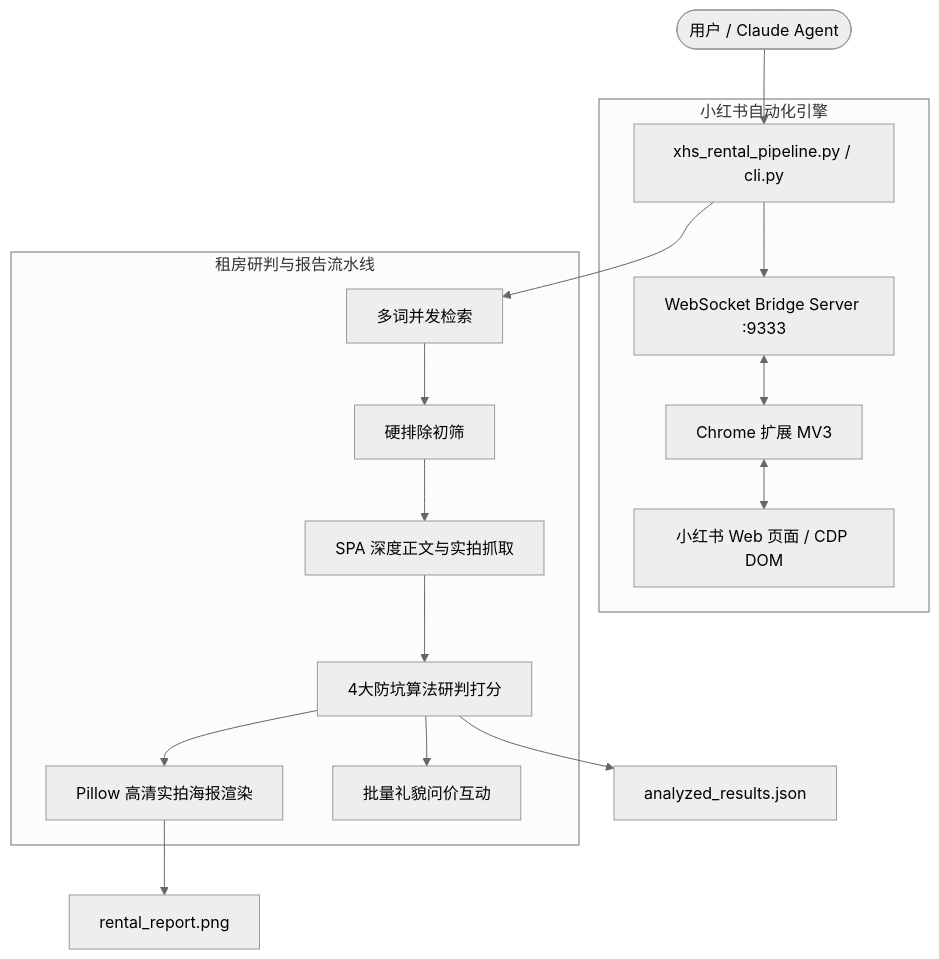
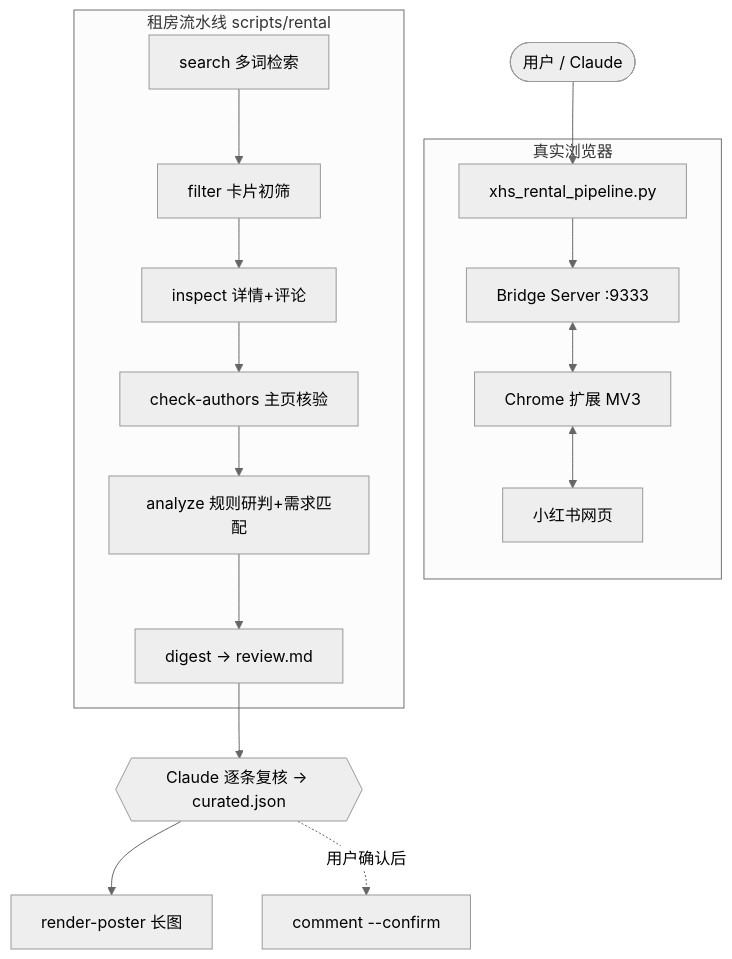
The diagram in README.md (KardeniaPoyu/xhs-rental-hunter), drawn with Mermaid (neutral theme) before and after one commit. The commit also changed other lines of this file and 19 other files, not shown here.

First line of the commit message:
feat: v2 rental pipeline — evidence-based rules, author checks, Claude review step

````diff
--- a/README.md
+++ b/README.md
@@ -55,22 +50,19 @@
 ```mermaid
 flowchart TD
-    User([用户 / Claude Agent]) --> CLI[xhs_rental_pipeline.py / cli.py]
-    
-    subgraph Engine[小红书自动化引擎]
-        CLI --> BridgeServer[WebSocket Bridge Server :9333]
-        BridgeServer <--> Extension[Chrome 扩展 MV3]
-        Extension <--> WebPage[小红书 Web 页面 / CDP DOM]
+    User([用户 / Claude]) --> CLI[xhs_rental_pipeline.py]
+
+    subgraph Browser[真实浏览器]
+        CLI --> Bridge[Bridge Server :9333] <--> Ext[Chrome 扩展 MV3] <--> XHS[小红书网页]
     end
 
-    subgraph Pipeline[租房研判与报告流水线]
-        CLI --> Search[多词并发检索]
-        Search --> Filter[硬排除初筛]
-        Filter --> Inspect[SPA 深度正文与实拍抓取]
-        Inspect --> Analyze[4大防坑算法研判打分]
-        Analyze --> Poster[Pillow 高清实拍海报渲染]
-        Analyze --> Comment[批量礼貌问价互动]
+    subgraph Pipeline[租房流水线 scripts/rental]
+        S[search 多词检索] --> F[filter 卡片初筛] --> I[inspect 详情+评论]
+        I --> A[check-authors 主页核验]
+        A --> R[analyze 规则研判+需求匹配]
+        R --> D[digest → review.md]
     end
 
-    Poster --> OutputImg[rental_report.png]
-    Analyze --> OutputJson[analyzed_results.json]
+    D --> C{{Claude 逐条复核 → curated.json}}
+    C --> P[render-poster 长图]
+    C -. 用户确认后 .-> M[comment --confirm]
 ```
````
